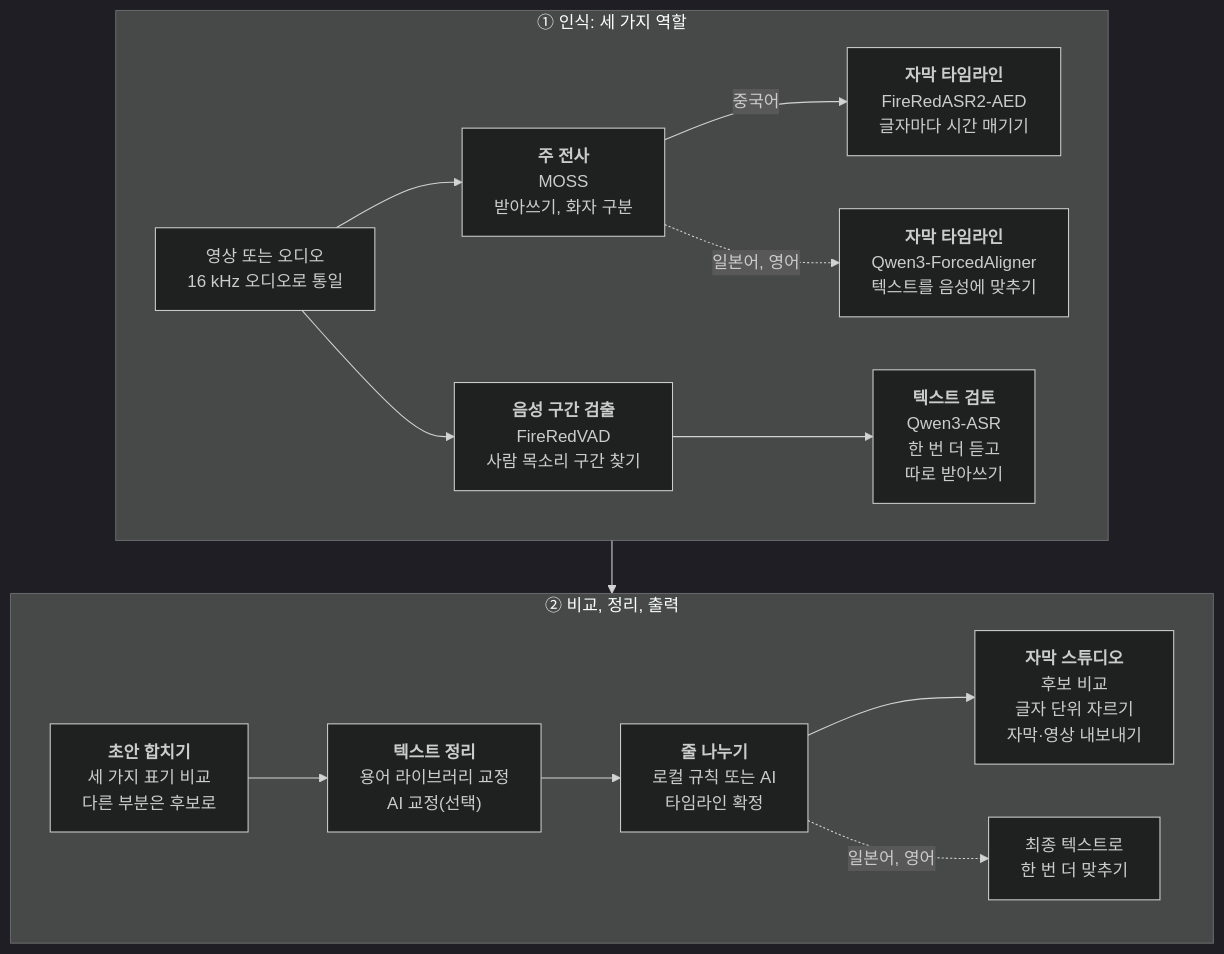
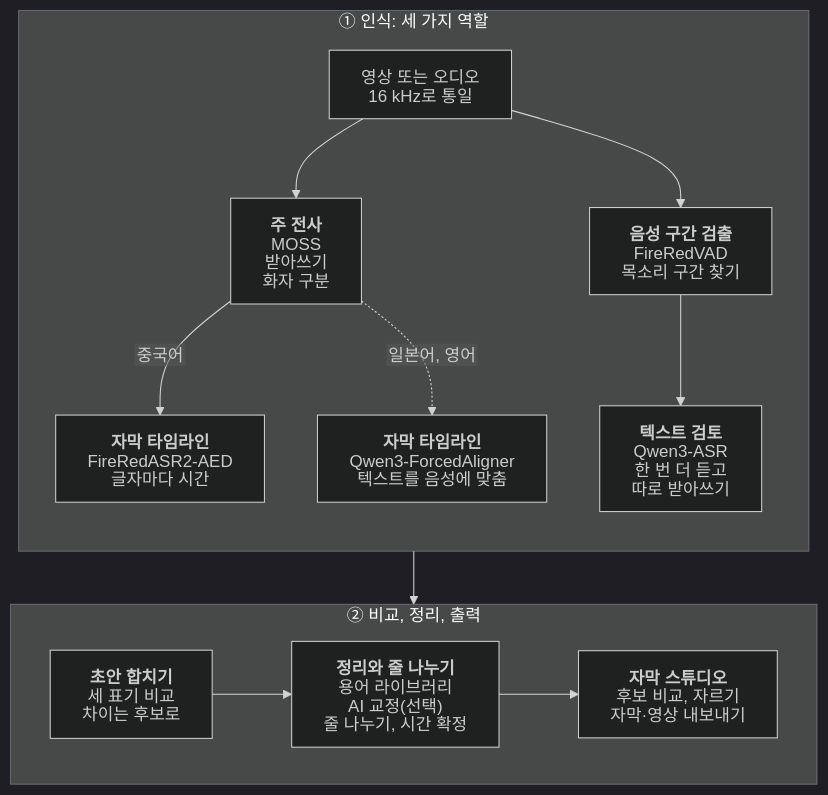
The diagram in README_KO.md (NOTBAD314/2ByteASR), drawn with Mermaid (dark theme) before and after one commit. The commit also changed 3 other files, not shown here.

First line of the commit message:
docs: README flow chart uses SVG text labels so GitHub does not clip them [skip ci]

````diff
--- a/README_KO.md
+++ b/README_KO.md
@@ -162,19 +162,38 @@
 ```mermaid
+%%{init: {"htmlLabels": false, "flowchart": {"htmlLabels": false}}}%%
 flowchart TB
     subgraph REC["① 인식: 세 가지 역할"]
-        direction LR
-        A["영상 또는 오디오<br>16 kHz 오디오로 통일"] --> M["<b>주 전사</b><br>MOSS<br>받아쓰기, 화자 구분"]
-        A --> V["<b>음성 구간 검출</b><br>FireRedVAD<br>사람 목소리 구간 찾기"]
-        M -->|중국어| F["<b>자막 타임라인</b><br>FireRedASR2-AED<br>글자마다 시간 매기기"]
-        M -.->|일본어, 영어| Q["<b>자막 타임라인</b><br>Qwen3-ForcedAligner<br>텍스트를 음성에 맞추기"]
-        V --> R["<b>텍스트 검토</b><br>Qwen3-ASR<br>한 번 더 듣고<br>따로 받아쓰기"]
+        direction TB
+        A["`영상 또는 오디오
+16 kHz로 통일`"] --> M["`**주 전사**
+MOSS
+받아쓰기
+화자 구분`"]
+        A --> V["`**음성 구간 검출**
+FireRedVAD
+목소리 구간 찾기`"]
+        M -->|중국어| F["`**자막 타임라인**
+FireRedASR2-AED
+글자마다 시간`"]
+        M -.->|일본어, 영어| Q["`**자막 타임라인**
+Qwen3-ForcedAligner
+텍스트를 음성에 맞춤`"]
+        V --> R["`**텍스트 검토**
+Qwen3-ASR
+한 번 더 듣고
+따로 받아쓰기`"]
     end
     subgraph POST["② 비교, 정리, 출력"]
         direction LR
-        D["<b>초안 합치기</b><br>세 가지 표기 비교<br>다른 부분은 후보로"] --> T["<b>텍스트 정리</b><br>용어 라이브러리 교정<br>AI 교정(선택)"]
-        T --> S["<b>줄 나누기</b><br>로컬 규칙 또는 AI<br>타임라인 확정"]
-        S --> P["<b>자막 스튜디오</b><br>후보 비교<br>글자 단위 자르기<br>자막·영상 내보내기"]
-        S -.->|일본어, 영어| J["최종 텍스트로<br>한 번 더 맞추기"]
+        D["`**초안 합치기**
+세 표기 비교
+차이는 후보로`"] --> T["`**정리와 줄 나누기**
+용어 라이브러리
+AI 교정(선택)
+줄 나누기, 시간 확정`"]
+        T --> P["`**자막 스튜디오**
+후보 비교, 자르기
+자막·영상 내보내기`"]
     end
     REC --> POST
 ```
````
